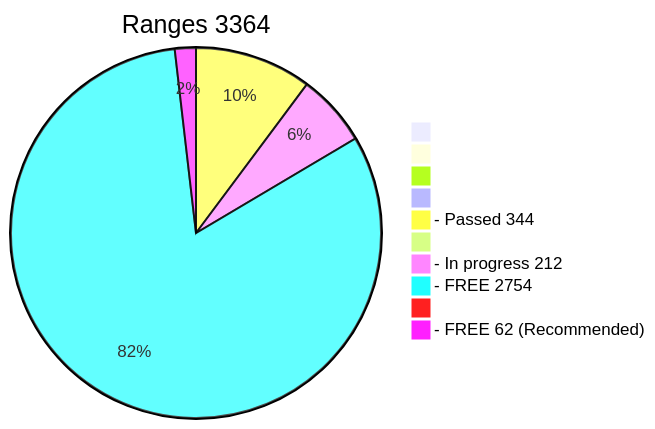
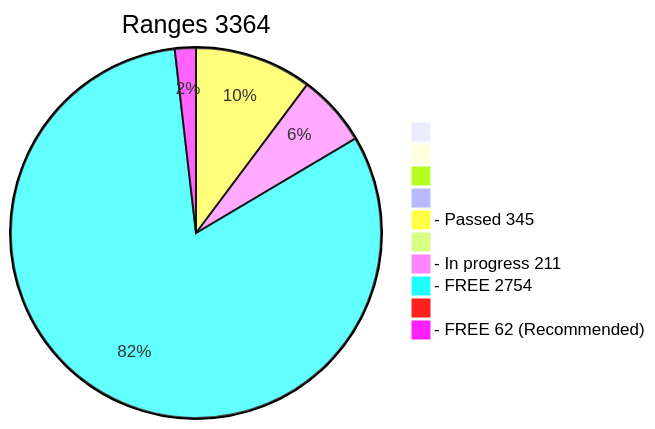
One commit to phrutis/wif500 changed the diagram in x64/Release/table.md. Above: the diagram before and after it, drawn with Mermaid. The commit also changed other lines of this file, not shown here.

````diff
--- a/x64/Release/table.md
+++ b/x64/Release/table.md
@@ -2,13 +2,13 @@
 ```mermaid
 pie title Ranges 3364
   " " : 0
   "  " : 0
   "   " : 0
   "    " : 0
-  "- Passed 344" : 344
+  "- Passed 345" : 345
   "     " : 0
-  "- In progress 212" : 212
+  "- In progress 211" : 211
   "- FREE 2754" : 2754
   "      " : 0
   "- FREE 62 (Recommended)" : 62
 ```
````
